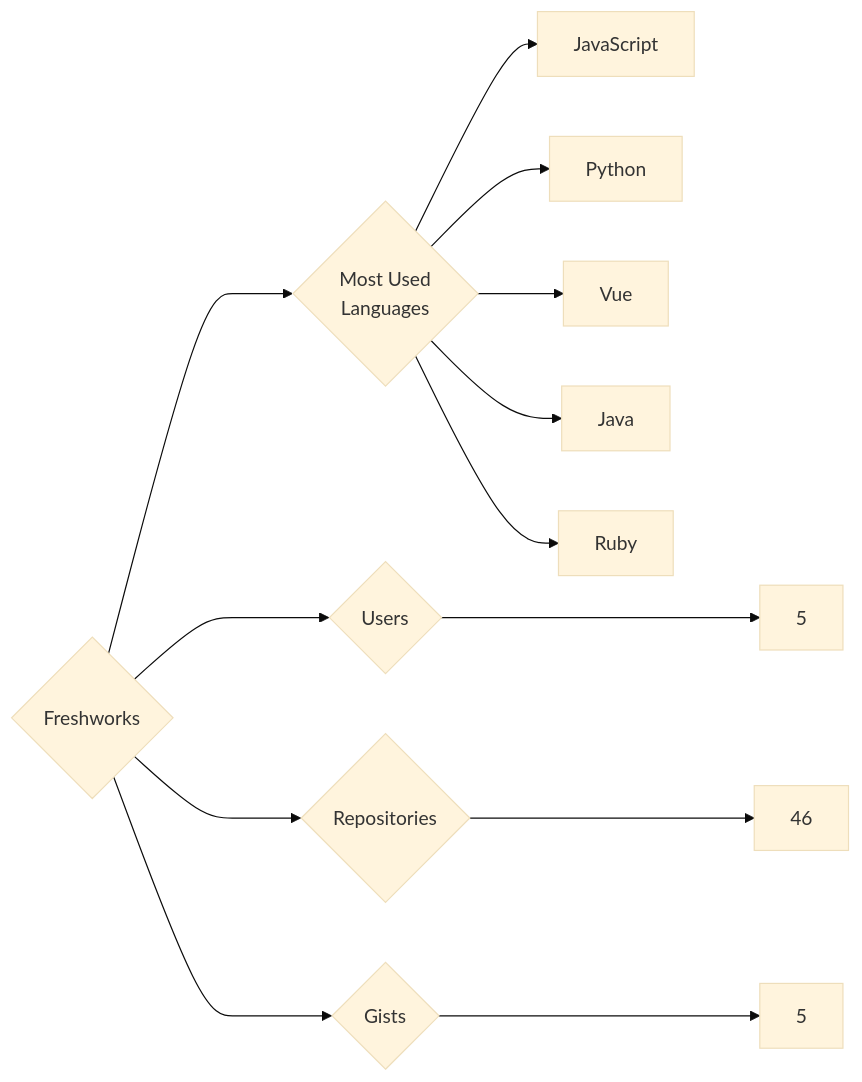
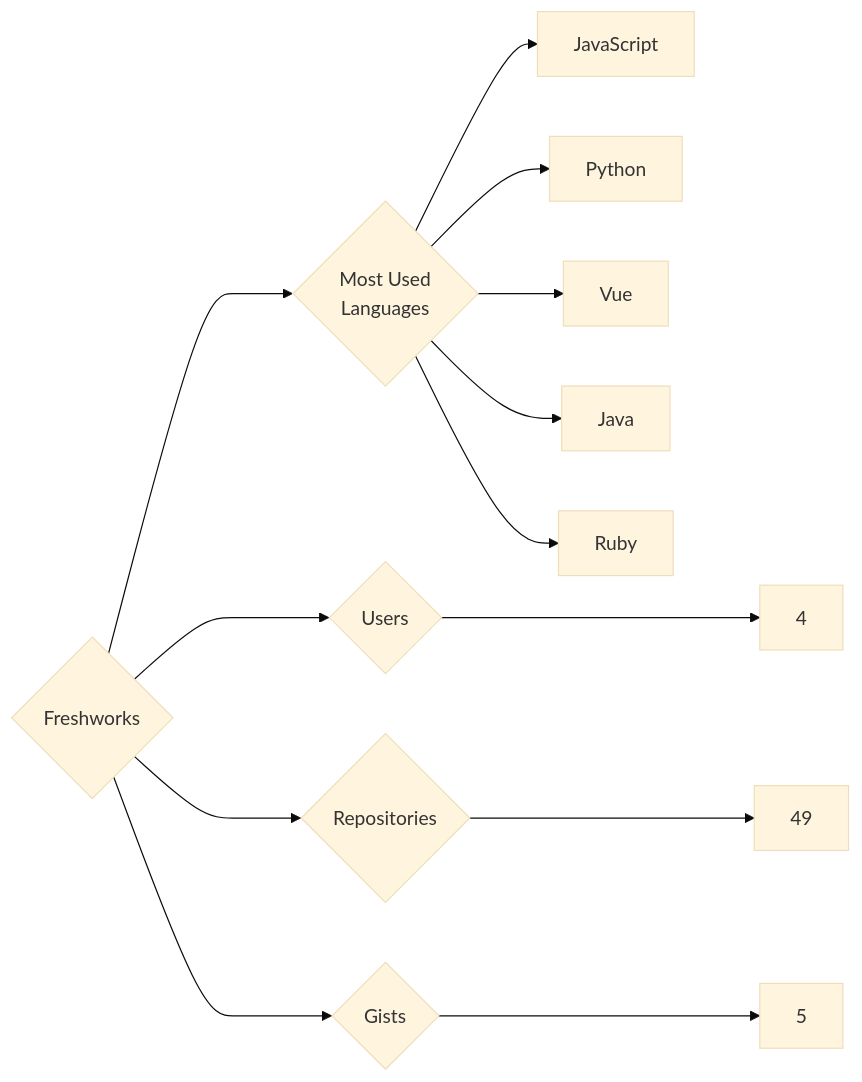
The diagram in targets/Freshworks/README.md (trickest/insiders), drawn with Mermaid (base theme) before and after one commit. The commit also changed 1120 other files, not shown here.

````diff
--- a/targets/Freshworks/README.md
+++ b/targets/Freshworks/README.md
@@ -3,13 +3,13 @@
 ```mermaid
 graph LR
 COMPANY_NAME{Freshworks}
-COMPANY_NAME ---> U{Users} ---> UN[5]
-COMPANY_NAME ---> R{Repositories} ---> RN[46]
+COMPANY_NAME ---> U{Users} ---> UN[4]
+COMPANY_NAME ---> R{Repositories} ---> RN[49]
 COMPANY_NAME ---> G{Gists} ---> GN[5]
 COMPANY_NAME ---> ML{Most Used<br>Languages}
 ML --> JavaScript[JavaScript]
 ML --> Python[Python]
 ML --> Vue[Vue]
 ML --> Java[Java]
 ML --> Ruby[Ruby]
 ```
````
